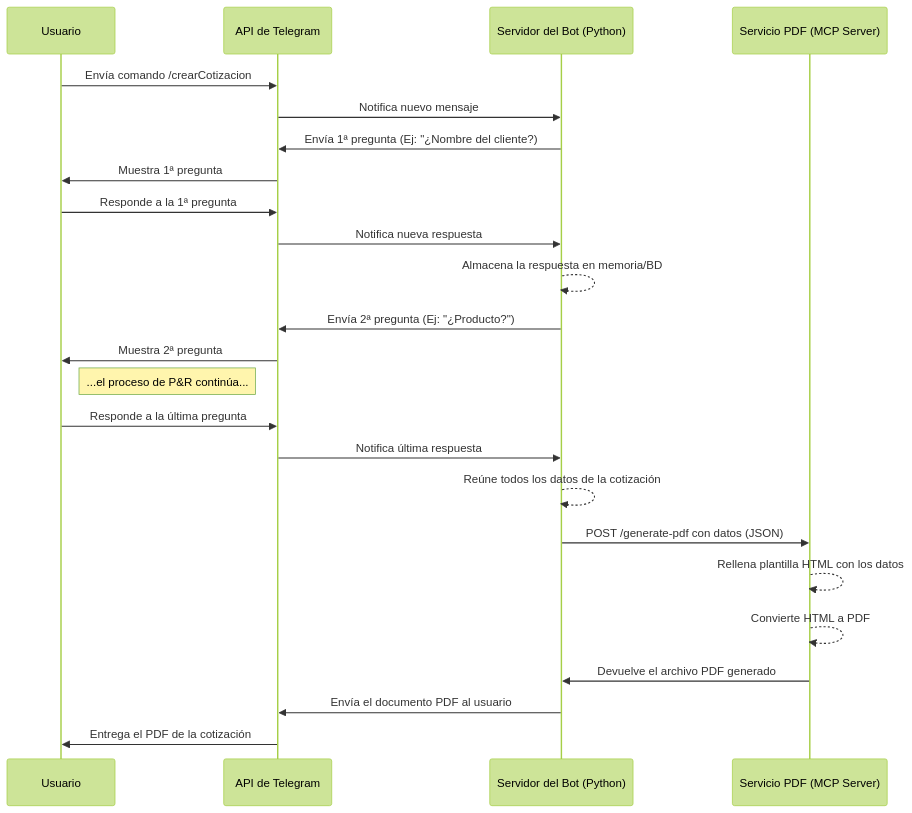
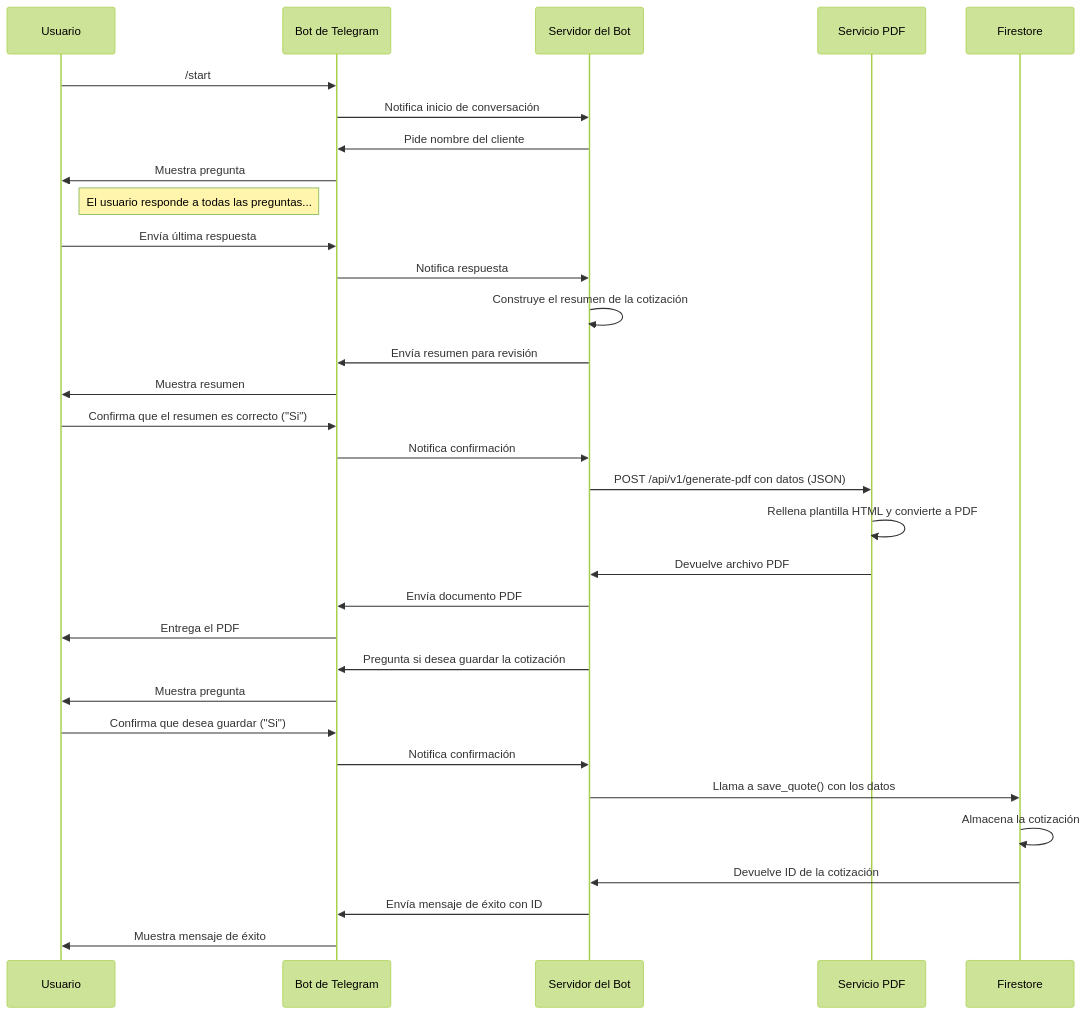
One commit to RolandoGiron/hg-cotizador changed the diagram in diagramaSeqCotizador.mmd. Above: the diagram before and after it, drawn with Mermaid (forest theme). The commit also changed 5 other files, not shown here.

```diff
--- a/diagramaSeqCotizador.mmd
+++ b/diagramaSeqCotizador.mmd
@@ -1,30 +1,41 @@
-    sequenceDiagram
-         participant Usuario
-         participant API de Telegram
-         participant Servidor del Bot (Python)
-         participant Servicio PDF (MCP Server)
-     
-         Usuario->>API de Telegram: Envía comando /crearCotizacion
-         API de Telegram->>Servidor del Bot (Python): Notifica nuevo mensaje
-         Servidor del Bot (Python)->>API de Telegram: Envía 1ª pregunta (Ej: "¿Nombre del cliente?)
-        API de Telegram->>Usuario: Muestra 1ª pregunta
+sequenceDiagram
+    participant Usuario
+    participant Bot de Telegram
+    participant Servidor del Bot
+    participant Servicio PDF
+    participant Firestore
+
+    Usuario->>Bot de Telegram: /start
+    Bot de Telegram->>Servidor del Bot: Notifica inicio de conversación
+    Servidor del Bot->>Bot de Telegram: Pide nombre del cliente
+    Bot de Telegram->>Usuario: Muestra pregunta
+
+    Note right of Usuario: El usuario responde a todas las preguntas...
+
+    Usuario->>Bot de Telegram: Envía última respuesta
+    Bot de Telegram->>Servidor del Bot: Notifica respuesta
+    Servidor del Bot->>Servidor del Bot: Construye el resumen de la cotización
+    Servidor del Bot->>Bot de Telegram: Envía resumen para revisión
+    Bot de Telegram->>Usuario: Muestra resumen
+
+    Usuario->>Bot de Telegram: Confirma que el resumen es correcto ("Si")
+    Bot de Telegram->>Servidor del Bot: Notifica confirmación
     
-        Usuario->>API de Telegram: Responde a la 1ª pregunta
-        API de Telegram->>Servidor del Bot (Python): Notifica nueva respuesta
-        Servidor del Bot (Python)-->>Servidor del Bot (Python): Almacena la respuesta en memoria/BD
-        Servidor del Bot (Python)->>API de Telegram: Envía 2ª pregunta (Ej: "¿Producto?")
-        API de Telegram->>Usuario: Muestra 2ª pregunta
-    
-        Note right of Usuario: ...el proceso de P&R continúa...
-    
-        Usuario->>API de Telegram: Responde a la última pregunta
-        API de Telegram->>Servidor del Bot (Python): Notifica última respuesta
-        Servidor del Bot (Python)-->>Servidor del Bot (Python): Reúne todos los datos de la cotización
-        Servidor del Bot (Python)->>Servicio PDF (MCP Server): POST /generate-pdf con datos (JSON)
-        
-        Servicio PDF (MCP Server)-->>Servicio PDF (MCP Server): Rellena plantilla HTML con los datos
-        Servicio PDF (MCP Server)-->>Servicio PDF (MCP Server): Convierte HTML a PDF
-        Servicio PDF (MCP Server)->>Servidor del Bot (Python): Devuelve el archivo PDF generado
-    
-        Servidor del Bot (Python)->>API de Telegram: Envía el documento PDF al usuario
-        API de Telegram->>Usuario: Entrega el PDF de la cotización
+    Servidor del Bot->>Servicio PDF: POST /api/v1/generate-pdf con datos (JSON)
+    Servicio PDF->>Servicio PDF: Rellena plantilla HTML y convierte a PDF
+    Servicio PDF->>Servidor del Bot: Devuelve archivo PDF
+
+    Servidor del Bot->>Bot de Telegram: Envía documento PDF
+    Bot de Telegram->>Usuario: Entrega el PDF
+
+    Servidor del Bot->>Bot de Telegram: Pregunta si desea guardar la cotización
+    Bot de Telegram->>Usuario: Muestra pregunta
+
+    Usuario->>Bot de Telegram: Confirma que desea guardar ("Si")
+    Bot de Telegram->>Servidor del Bot: Notifica confirmación
+
+    Servidor del Bot->>Firestore: Llama a save_quote() con los datos
+    Firestore->>Firestore: Almacena la cotización
+    Firestore->>Servidor del Bot: Devuelve ID de la cotización
+    Servidor del Bot->>Bot de Telegram: Envía mensaje de éxito con ID
+    Bot de Telegram->>Usuario: Muestra mensaje de éxito
```
